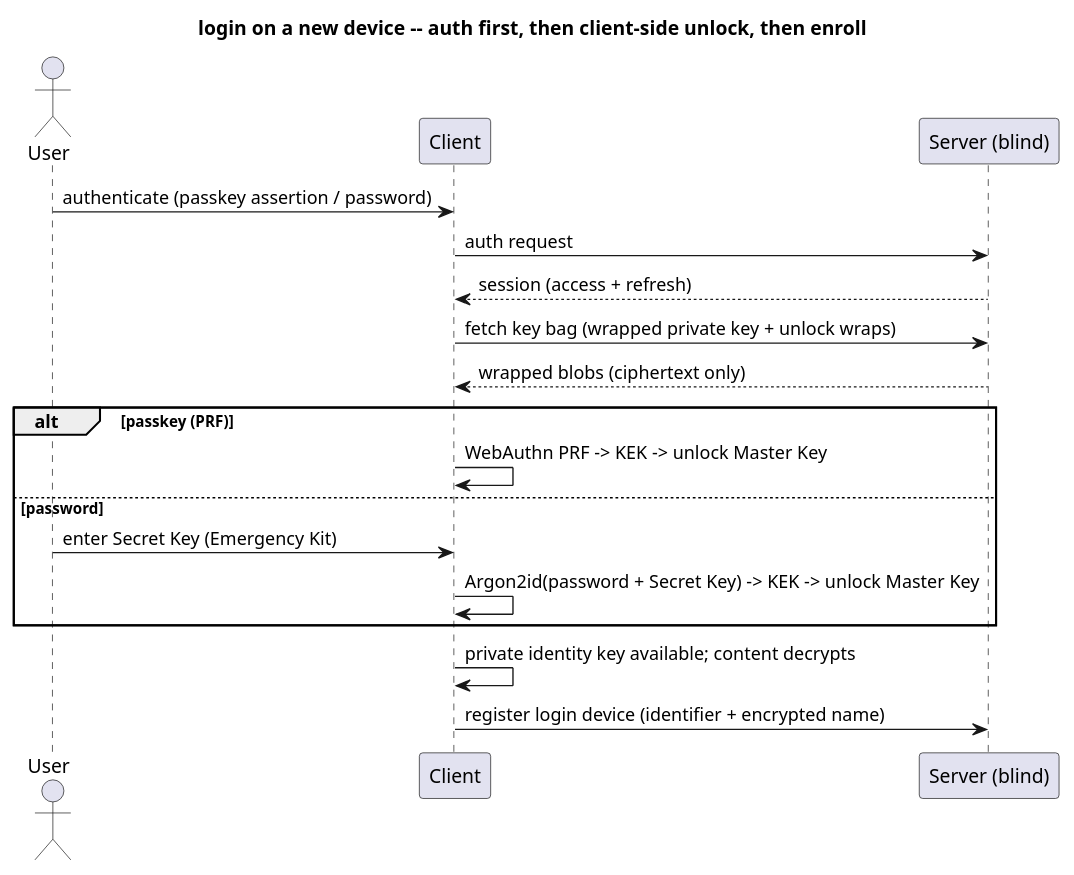
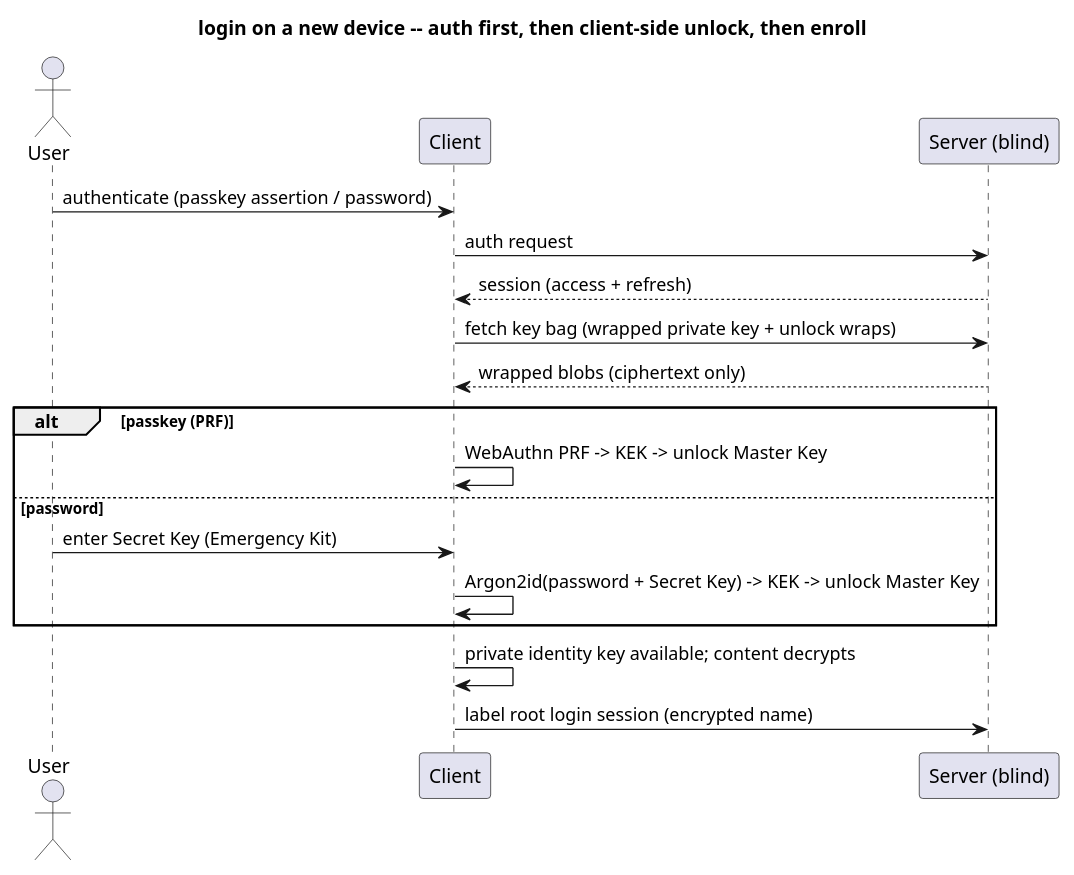
Before and after one commit to raddatzk/veyq-no-e2ee: the diagram in docs/wiki/features/account/use-cases/uc.account.login.md, drawn with PlantUML. The commit also changed other lines of this file and 59 other files, not shown here.

Commit message:
Implement login session families

````diff
--- a/docs/wiki/features/account/use-cases/uc.account.login.md
+++ b/docs/wiki/features/account/use-cases/uc.account.login.md
@@ -14,24 +14,24 @@
 ```plantuml
 @startuml
 title login on a new device -- auth first, then client-side unlock, then enroll
 skinparam shadowing false
 
 actor "User" as U
 participant "Client" as C
 participant "Server (blind)" as S
 
 U -> C : authenticate (passkey assertion / password)
 C -> S : auth request
 S --> C : session (access + refresh)
 C -> S : fetch key bag (wrapped private key + unlock wraps)
 S --> C : wrapped blobs (ciphertext only)
 alt passkey (PRF)
   C -> C : WebAuthn PRF -> KEK -> unlock Master Key
 else password
   U -> C : enter Secret Key (Emergency Kit)
   C -> C : Argon2id(password + Secret Key) -> KEK -> unlock Master Key
 end
 C -> C : private identity key available; content decrypts
-C -> S : register login device (identifier + encrypted name)
+C -> S : label root login session (encrypted name)
 @enduml
 ```
````
